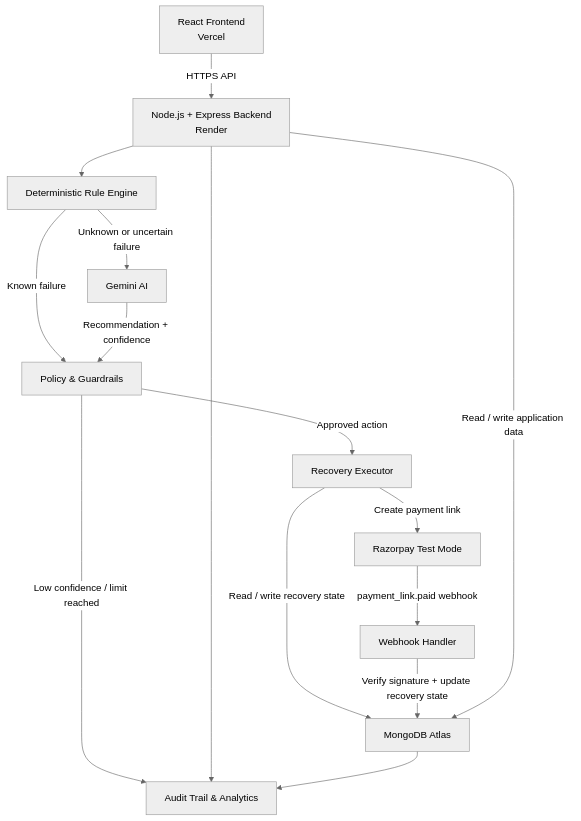
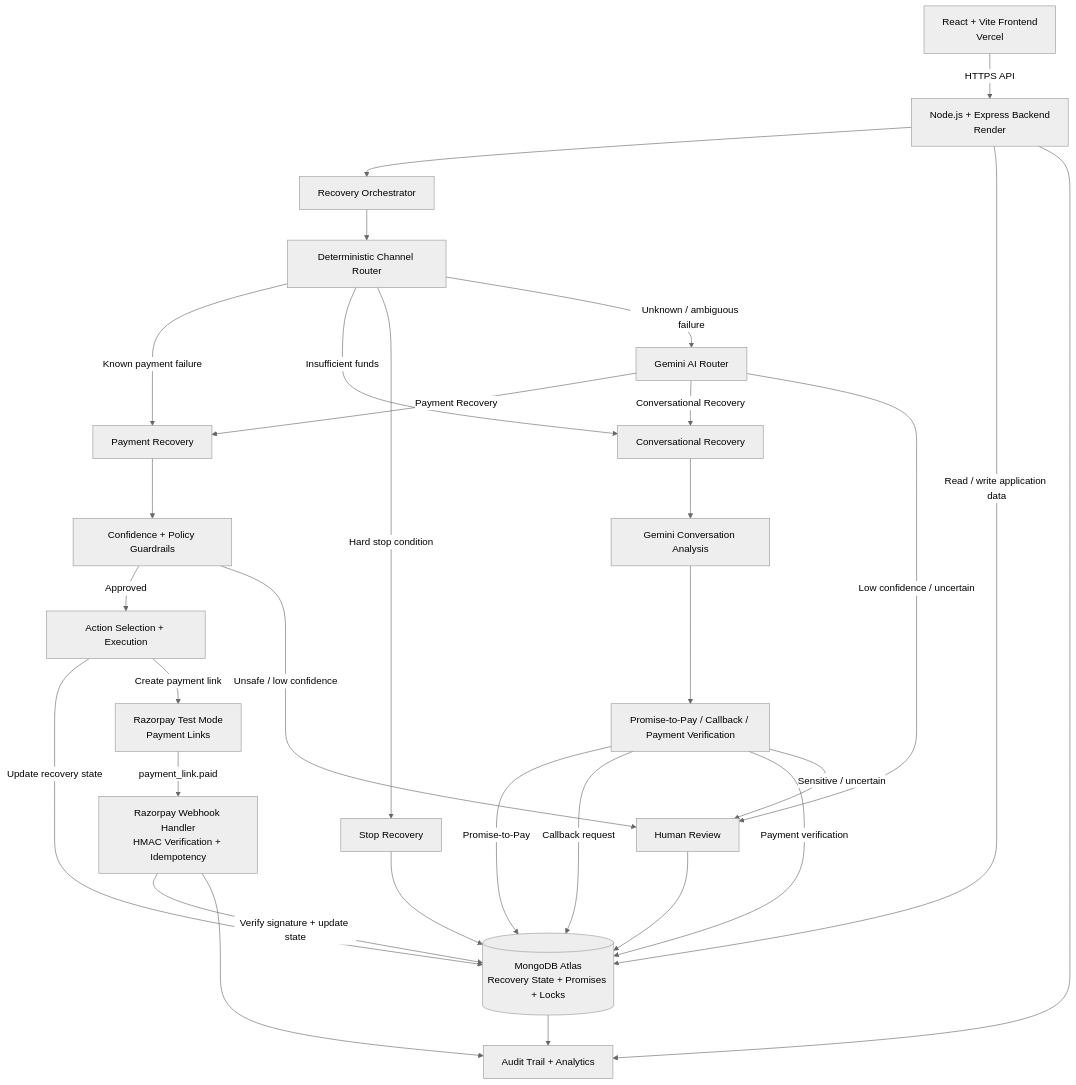
Before and after one commit to Yash-tech25/RecoverAI: the diagram in docs/architecture.mmd, drawn with Mermaid (neutral theme). The commit also changed 9 other files, not shown here.

Commit message:
Update final documentation architecture and screenshots

```diff
--- a/docs/architecture.mmd
+++ b/docs/architecture.mmd
@@ -1,47 +1,102 @@
 flowchart TD
 
-    A[React Frontend<br/>Vercel]
+    A[React + Vite Frontend<br/>Vercel]
 
     B[Node.js + Express Backend<br/>Render]
 
-    C[MongoDB Atlas]
+    C[Recovery Orchestrator]
 
-    D[Gemini AI]
+    D[Deterministic Channel Router]
 
-    E[Razorpay Test Mode]
+    E[Gemini AI Router]
 
-    F[Deterministic Rule Engine]
+    F[Payment Recovery]
 
-    G[Policy & Guardrails]
+    G[Conversational Recovery]
 
-    H[Recovery Executor]
+    H[Human Review]
 
-    I[Webhook Handler]
+    I[Stop Recovery]
 
-    J[Audit Trail & Analytics]
+    J[Confidence + Policy Guardrails]
+
+    K[Action Selection + Execution]
+
+    L[Gemini Conversation Analysis]
+
+    M[Promise-to-Pay / Callback / Payment Verification]
+
+    N[(MongoDB Atlas<br/>Recovery State + Promises + Locks)]
+
+    O[Razorpay Test Mode<br/>Payment Links]
+
+    P[Razorpay Webhook Handler<br/>HMAC Verification + Idempotency]
+
+    Q[Audit Trail + Analytics]
+
 
     A -->|HTTPS API| B
 
-    B --> F
+    B --> C
 
-    F -->|Known failure| G
-    F -->|Unknown or uncertain failure| D
+    C --> D
 
-    D -->|Recommendation + confidence| G
 
-    G -->|Approved action| H
-    G -->|Low confidence / limit reached| J
+    D -->|Known payment failure| F
 
-    H -->|Read / write recovery state| C
+    D -->|Insufficient funds| G
 
-    H -->|Create payment link| E
+    D -->|Hard stop condition| I
 
-    E -->|payment_link.paid webhook| I
+    D -->|Unknown / ambiguous failure| E
 
-    I -->|Verify signature + update recovery state| C
 
-    B -->|Read / write application data| C
+    E -->|Payment Recovery| F
 
-    B --> J
+    E -->|Conversational Recovery| G
 
-    C --> J
+    E -->|Low confidence / uncertain| H
+
+
+    F --> J
+
+    J -->|Approved| K
+
+    J -->|Unsafe / low confidence| H
+
+
+    G --> L
+
+    L --> M
+
+    M -->|Promise-to-Pay| N
+
+    M -->|Callback request| N
+
+    M -->|Payment verification| N
+
+    M -->|Sensitive / uncertain| H
+
+
+    K -->|Update recovery state| N
+
+    K -->|Create payment link| O
+
+
+    O -->|payment_link.paid| P
+
+    P -->|Verify signature + update state| N
+
+
+    I --> N
+
+    H --> N
+
+
+    B -->|Read / write application data| N
+
+    N --> Q
+
+    B --> Q
+
+    P --> Q
```
